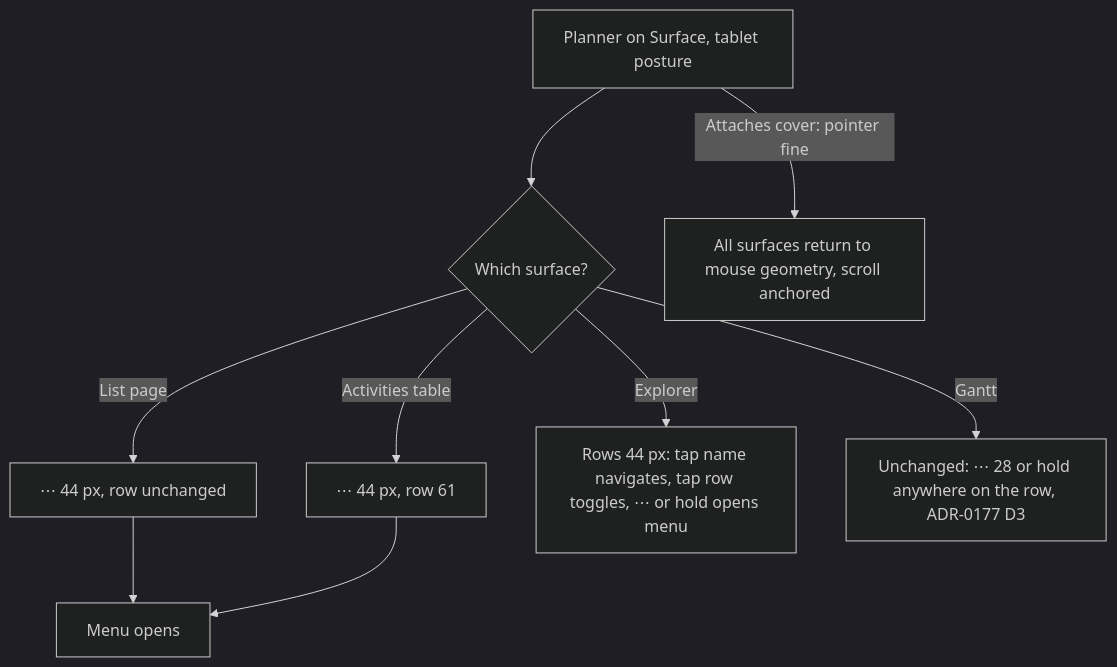
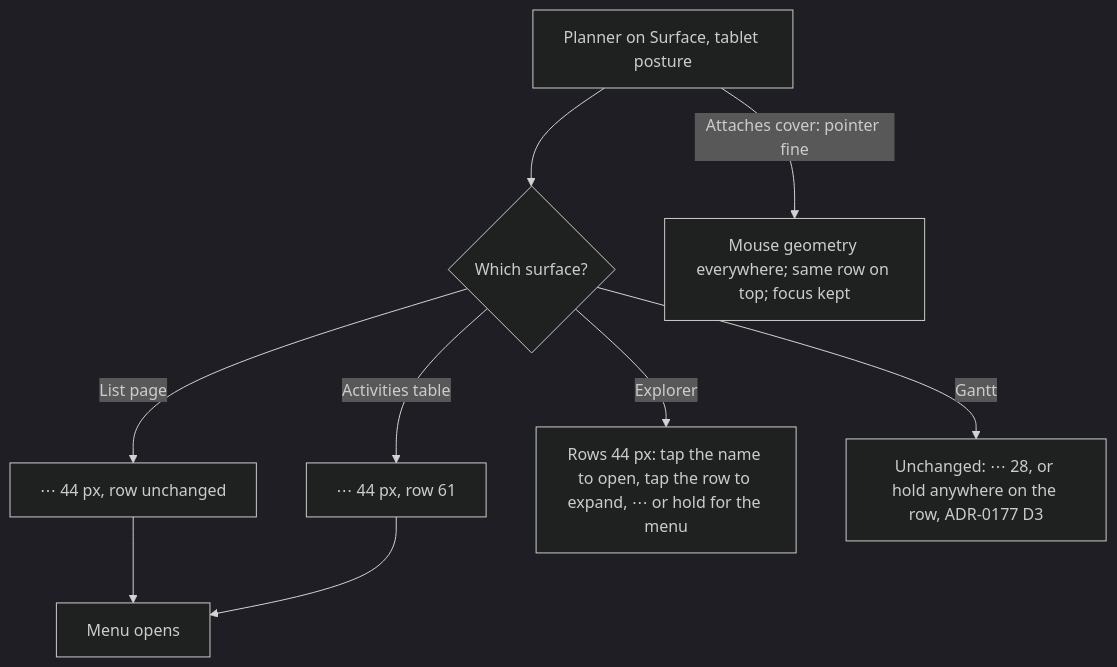
The third of 3 diagrams in docs/specs/dense-row-touch-targets/feature-spec.md (HuttonHomeHub/SchedulePoint_1), drawn with Mermaid (dark theme) before and after one commit. The commit also changed other lines of this file and 1 other file, not shown here.

First line of the commit message:
docs(docs): fold reviewer changes into the dense-row touch spec

````diff
--- a/docs/specs/dense-row-touch-targets/feature-spec.md
+++ b/docs/specs/dense-row-touch-targets/feature-spec.md
@@ -276,9 +357,9 @@
 ```mermaid
 flowchart TD
   A[Planner on Surface, tablet posture] --> B{Which surface?}
   B -->|List page| C[⋯ 44 px, row unchanged] --> M[Menu opens]
   B -->|Activities table| D[⋯ 44 px, row 61] --> M
-  B -->|Explorer| E[Rows 44 px: tap name navigates, tap row toggles, ⋯ or hold opens menu]
-  B -->|Gantt| F[Unchanged: ⋯ 28 or hold anywhere on the row, ADR-0177 D3]
-  A -->|Attaches cover: pointer fine| G[All surfaces return to mouse geometry, scroll anchored]
+  B -->|Explorer| E[Rows 44 px: tap the name to open, tap the row to expand, ⋯ or hold for the menu]
+  B -->|Gantt| F[Unchanged: ⋯ 28, or hold anywhere on the row, ADR-0177 D3]
+  A -->|Attaches cover: pointer fine| G[Mouse geometry everywhere; same row on top; focus kept]
 ```
````
